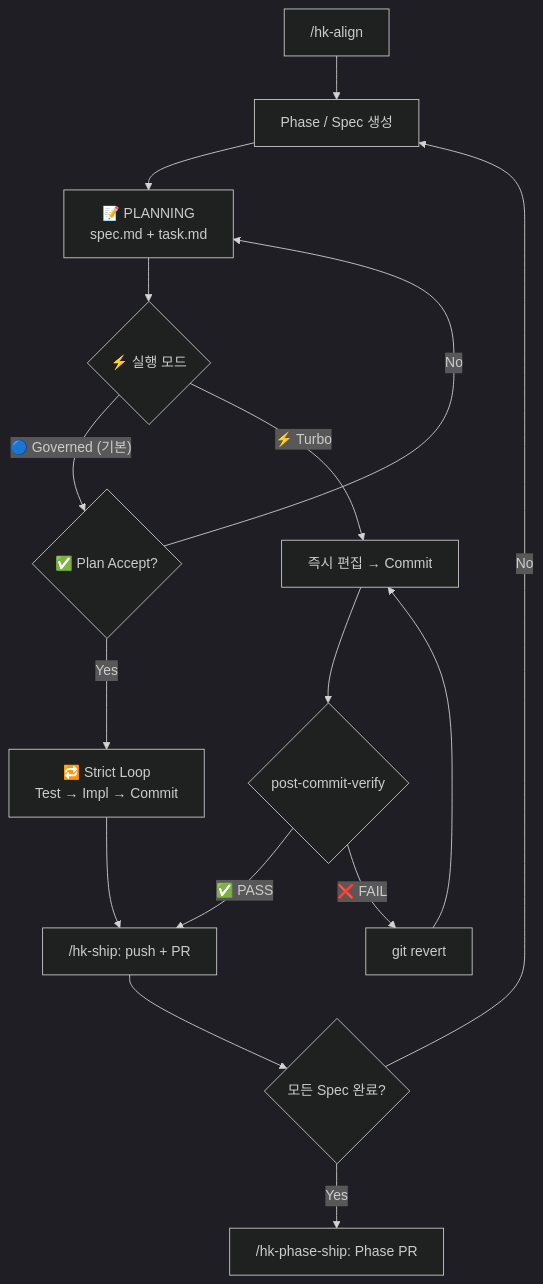
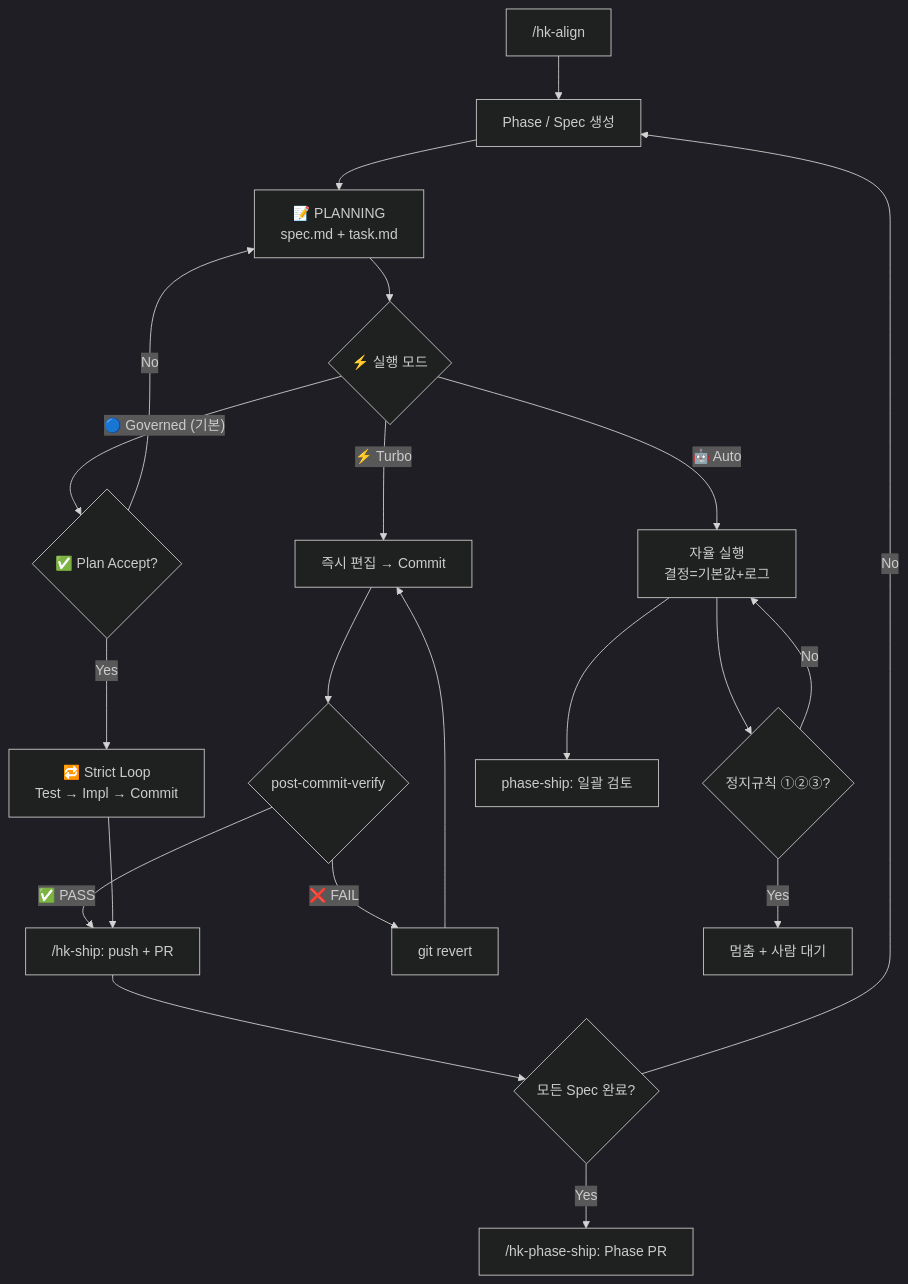
Before and after one commit to Changsik00/harness-kit: the diagram in README.md, drawn with Mermaid (dark theme). The commit also changed other lines of this file and 4 other files, not shown here.

````diff
--- a/README.md
+++ b/README.md
@@ -275,21 +298,27 @@
 ```mermaid
 flowchart TD
     A["/hk-align"] --> B["Phase / Spec 생성"]
     B --> C["📝 PLANNING\nspec.md + task.md"]
     C --> D{"⚡ 실행 모드"}
 
     D -->|"🔵 Governed (기본)"| PA{"✅ Plan Accept?"}
     PA -->|Yes| SL["🔁 Strict Loop\nTest → Impl → Commit"]
     PA -->|No| C
 
     D -->|"⚡ Turbo"| TE["즉시 편집 → Commit"]
     TE --> PCV{"post-commit-verify"}
     PCV -->|"✅ PASS"| G
     PCV -->|"❌ FAIL"| RV["git revert"]
     RV --> TE
 
+    D -->|"🤖 Auto"| AU["자율 실행\n결정=기본값+로그"]
+    AU --> SR{"정지규칙 ①②③?"}
+    SR -->|"No"| AU
+    SR -->|"Yes"| STOP["멈춤 + 사람 대기"]
+    AU --> PS["phase-ship: 일괄 검토"]
+
     SL --> G["/hk-ship: push + PR"]
     G --> H{"모든 Spec 완료?"}
     H -->|No| B
     H -->|Yes| I["/hk-phase-ship: Phase PR"]
 ```
````
